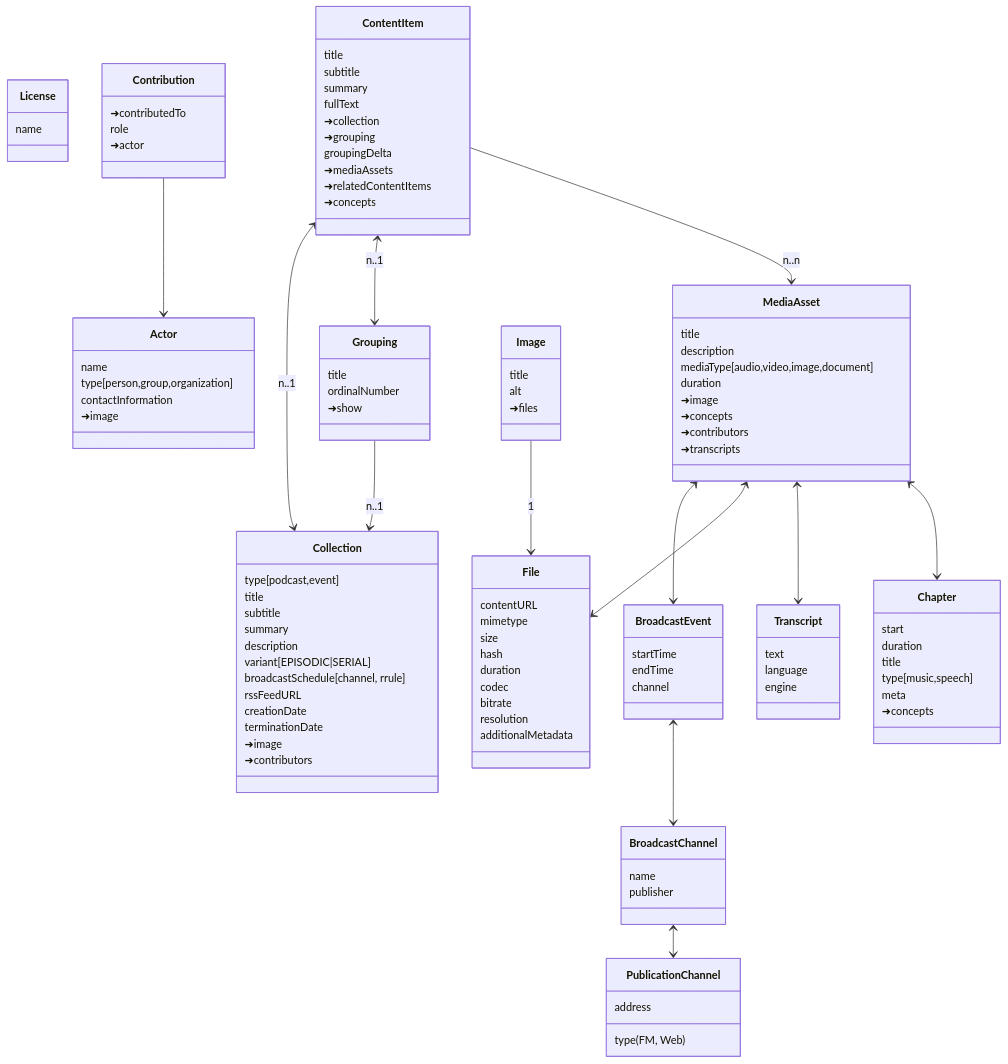
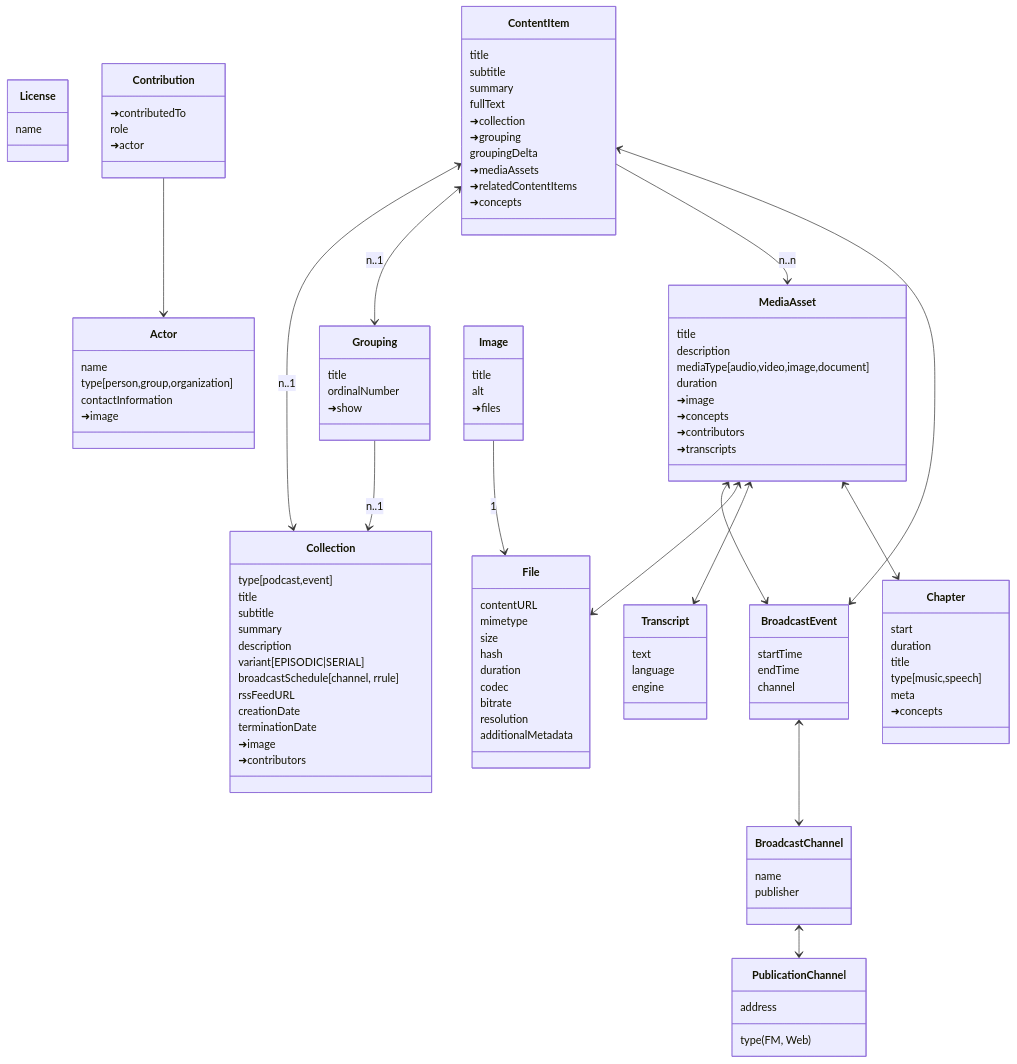
The first of 2 diagrams in datamodel.md (repco-org/repco), drawn with Mermaid before and after one commit.

```diff
--- a/datamodel.md
+++ b/datamodel.md
@@ -121,6 +121,7 @@
 ContentItem <--> Collection: n..1
 ContentItem <--> Grouping: n..1
 ContentItem --> MediaAsset: n..n
+ContentItem <--> BroadcastEvent
 Grouping --> Collection: n..1
 BroadcastEvent <--> BroadcastChannel
 BroadcastChannel <--> PublicationChannel
```
